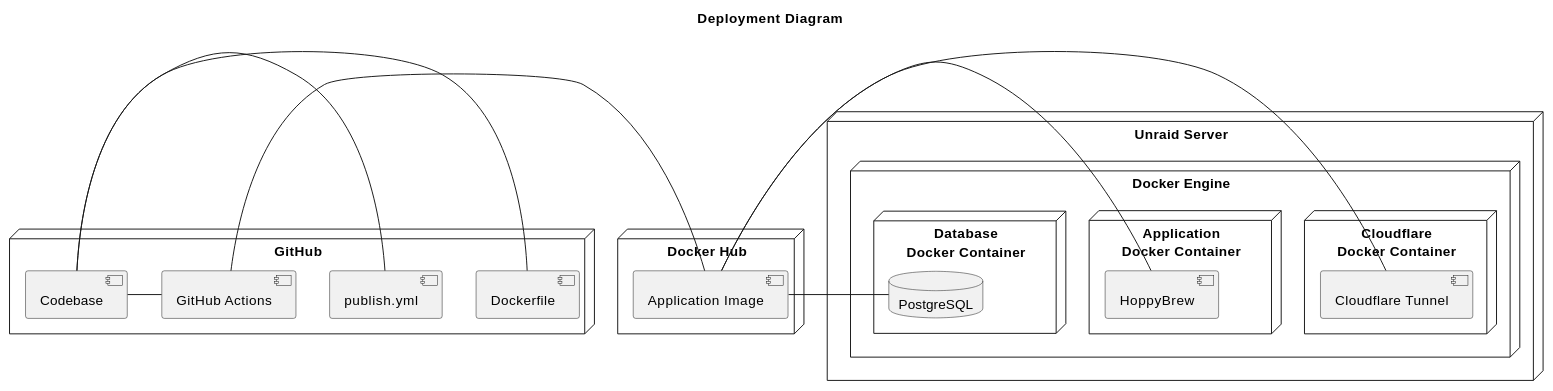
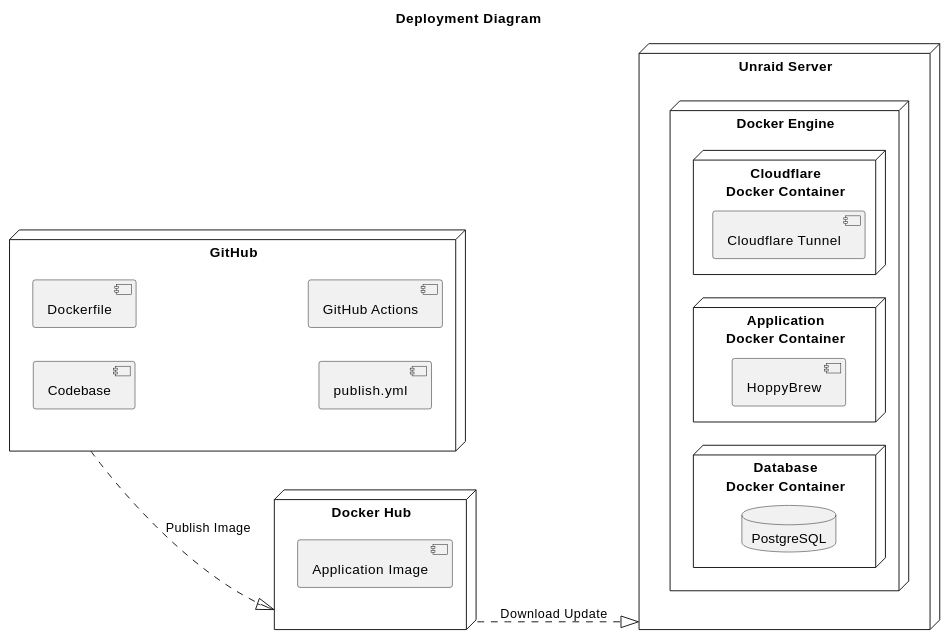
Before and after one commit to asbor/iu-project-software-engineering: the eighth of 8 diagrams in documents/01-Conception-Phase/00-HoppyBrew.md, drawn with PlantUML. The commit also changed 4 other files, not shown here.

```diff
--- a/documents/01-Conception-Phase/00-HoppyBrew.md
+++ b/documents/01-Conception-Phase/00-HoppyBrew.md
@@ -863,39 +863,36 @@
 @startuml 08-Deployment-View
 title Deployment Diagram
 
-node "GitHub" {
+left to right direction
+
+node "GitHub" as github {
     component "Codebase" as codebase
     component "Dockerfile" as dockerfile
     component "publish.yml" as publish
     component "GitHub Actions" as githubActions
 }
 
-node "Docker Hub" {
+node "Docker Hub" as dockerHub {
     component "Application Image" as appImage
 }
 
-node "Unraid Server" {
+node "Unraid Server" as unraid {
     node "Docker Engine" {
         node "Cloudflare\nDocker Container" {
             component "Cloudflare Tunnel" as cloudflareTunnel
         }
 
         node "Application\nDocker Container" {
             component "HoppyBrew" as hoppybrew
         }
 
         node "Database\nDocker Container" {
             database "PostgreSQL" as postgres
         }
     }
 }
 
-codebase - dockerfile
-codebase - publish
-codebase - githubActions
-githubActions - appImage
-appImage - cloudflareTunnel
-appImage - hoppybrew
-appImage - postgres
+github ..|> dockerHub : Publish Image
+dockerHub ..|> unraid : Download Update
 
 @enduml
```
